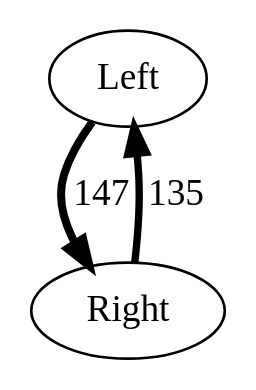
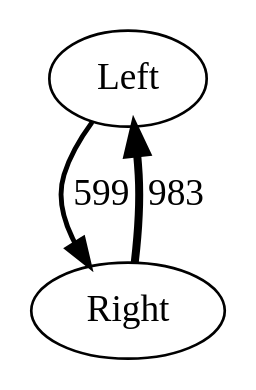
Before and after one commit to nicolkraus/AnalyzeBehavior: the diagram in images/interactions.gv, drawn with Graphviz. The commit also changed 6 other files, not shown here.

Commit message:
graph comparison: more metrics and highest probability chain

```diff
--- a/images/interactions.gv
+++ b/images/interactions.gv
@@ -1,6 +1,6 @@
 strict digraph  {
 Left;
 Right;
-Left -> Right  [label=147, penwidth="3.0"];
-Right -> Left  [label=135, penwidth="2.7551020408163267"];
+Left -> Right  [label=599, penwidth="1.8280773143438453"];
+Right -> Left  [label=983, penwidth="3.0"];
 }
```
